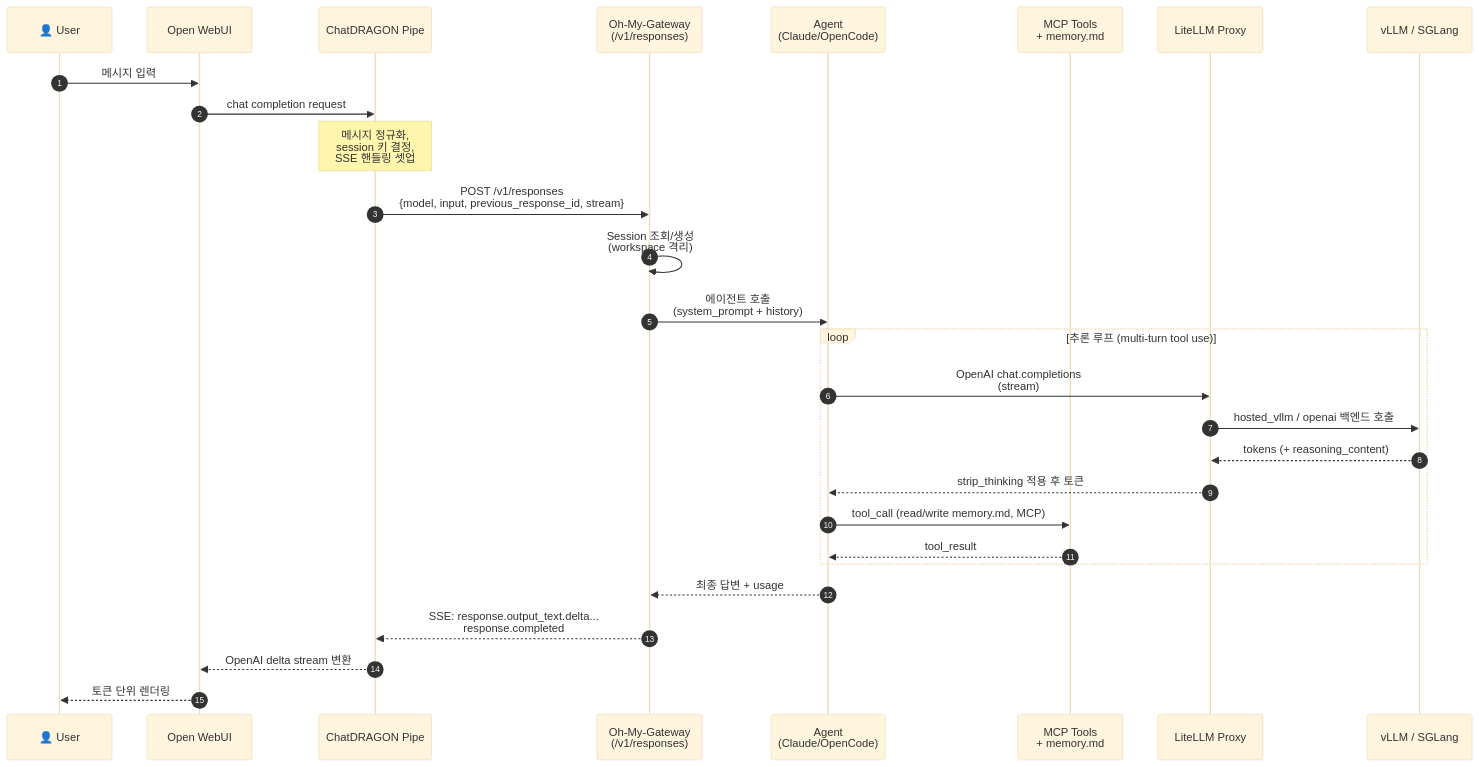
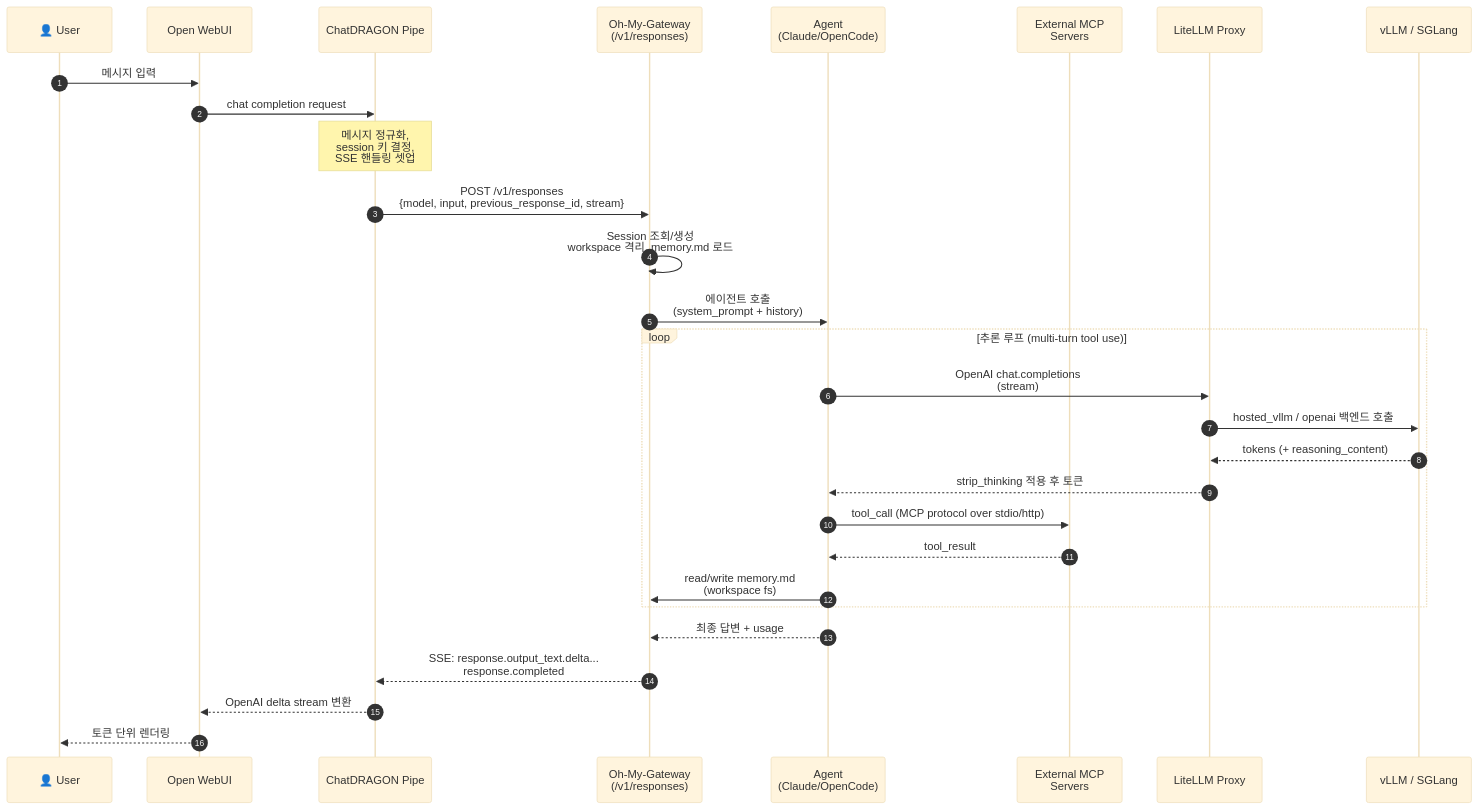
The second of 5 diagrams in docs/pipeline-architecture.md (Kyutinium/open-webui), drawn with Mermaid (base theme) before and after one commit. The commit also changed other lines of this file, not shown here.

Commit message:
docs: move MCP outside gateway in mermaid sources, embed rendered SVG

````diff
--- a/docs/pipeline-architecture.md
+++ b/docs/pipeline-architecture.md
@@ -74,33 +89,34 @@
 ```mermaid
 sequenceDiagram
     autonumber
     participant U as 👤 User
     participant W as Open WebUI
     participant P as ChatDRAGON Pipe
     participant G as Oh-My-Gateway<br/>(/v1/responses)
     participant A as Agent<br/>(Claude/OpenCode)
-    participant M as MCP Tools<br/>+ memory.md
+    participant M as External MCP<br/>Servers
     participant L as LiteLLM Proxy
     participant V as vLLM / SGLang
 
     U->>W: 메시지 입력
     W->>P: chat completion request
     Note over P: 메시지 정규화,<br/>session 키 결정,<br/>SSE 핸들링 셋업
     P->>G: POST /v1/responses<br/>{model, input, previous_response_id, stream}
-    G->>G: Session 조회/생성<br/>(workspace 격리)
+    G->>G: Session 조회/생성<br/>workspace 격리, memory.md 로드
     G->>A: 에이전트 호출<br/>(system_prompt + history)
 
     loop 추론 루프 (multi-turn tool use)
         A->>L: OpenAI chat.completions<br/>(stream)
         L->>V: hosted_vllm / openai 백엔드 호출
         V-->>L: tokens (+ reasoning_content)
         L-->>A: strip_thinking 적용 후 토큰
-        A->>M: tool_call (read/write memory.md, MCP)
+        A->>M: tool_call (MCP protocol over stdio/http)
         M-->>A: tool_result
+        A->>G: read/write memory.md<br/>(workspace fs)
     end
 
     A-->>G: 최종 답변 + usage
     G-->>P: SSE: response.output_text.delta...<br/>response.completed
     P-->>W: OpenAI delta stream 변환
     W-->>U: 토큰 단위 렌더링
 ```
````
